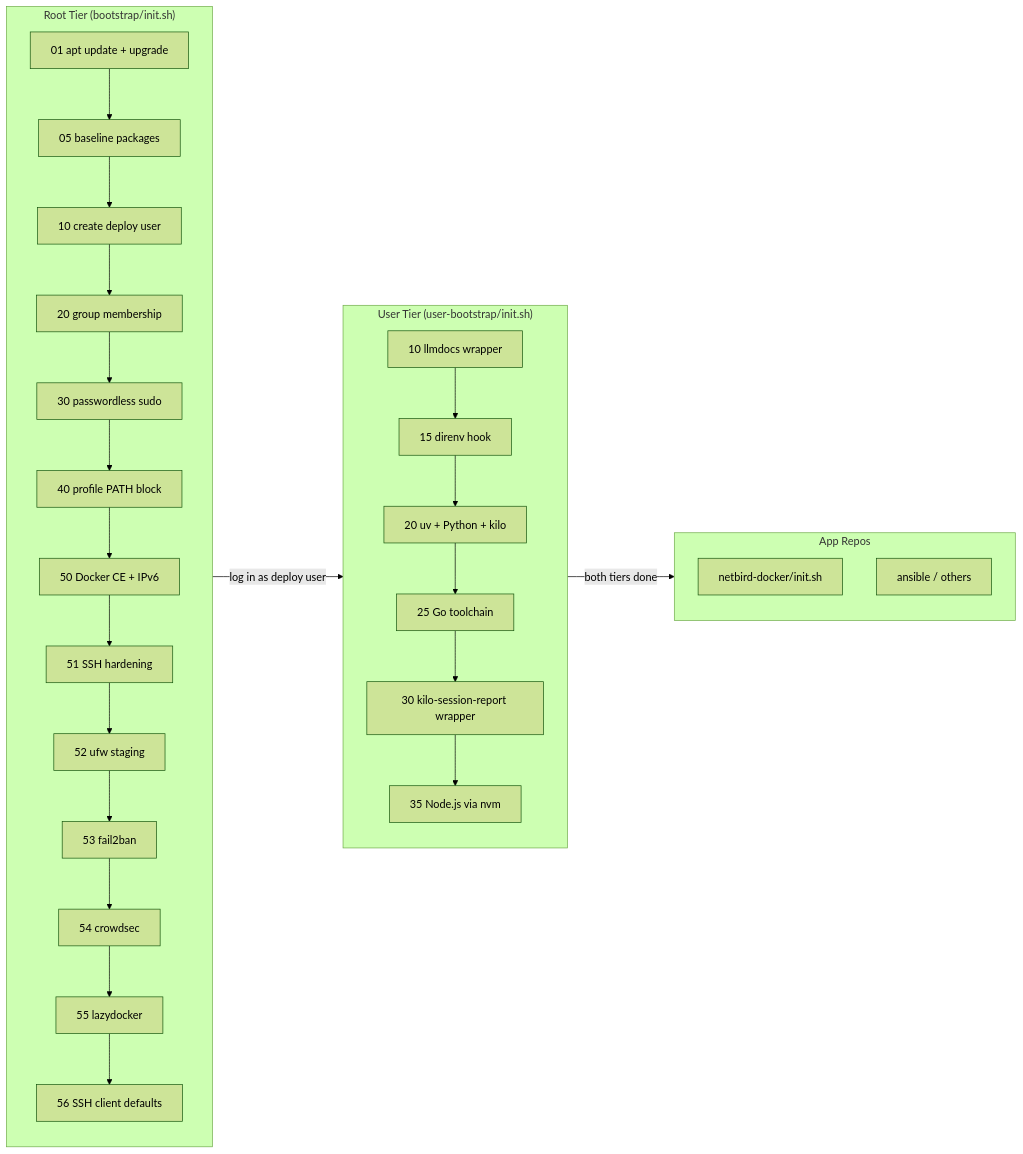
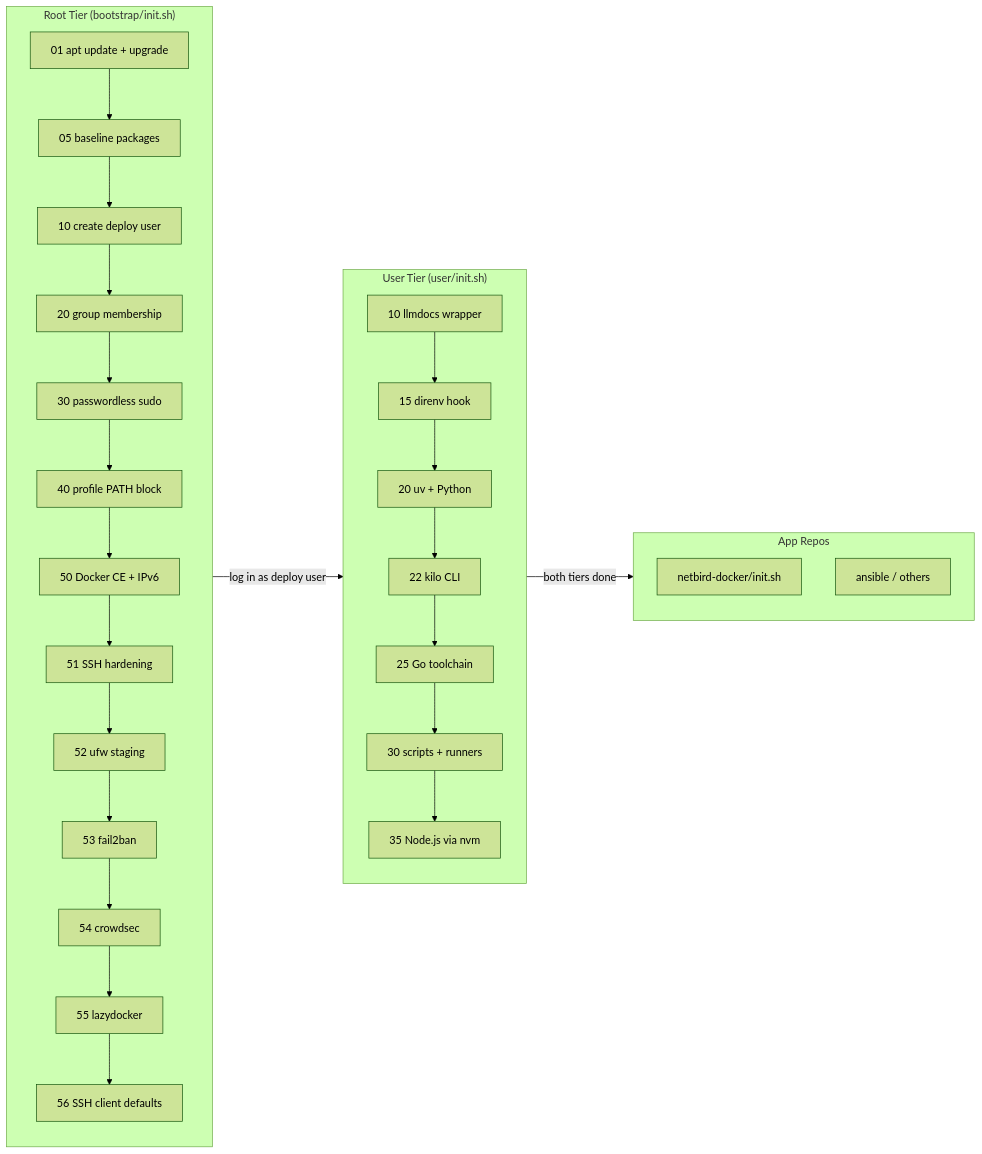
One commit to broadminde-org/bootstrap changed the second of 3 diagrams in codemap.md. Above: the diagram before and after it, drawn with Mermaid (forest theme). The commit also changed other lines of this file and 149 other files, not shown here.

First line of the commit message:
refactor: rename user-bootstrap/ -> user/, replace caps.sh with conf.sh

````diff
--- a/codemap.md
+++ b/codemap.md
@@ -58,40 +59,41 @@
 ```mermaid
 flowchart LR
     subgraph Root["Root Tier (bootstrap/init.sh)"]
         direction TB
         R1["01 apt update + upgrade"]
         R2["05 baseline packages"]
         R3["10 create deploy user"]
         R4["20 group membership"]
         R5["30 passwordless sudo"]
         R6["40 profile PATH block"]
         R7["50 Docker CE + IPv6"]
         R8["51 SSH hardening"]
         R9["52 ufw staging"]
         R10["53 fail2ban"]
         R11["54 crowdsec"]
         R12["55 lazydocker"]
         R13["56 SSH client defaults"]
         R1 --> R2 --> R3 --> R4 --> R5 --> R6 --> R7 --> R8 --> R9 --> R10 --> R11 --> R12 --> R13
     end
 
-    subgraph User["User Tier (user-bootstrap/init.sh)"]
+    subgraph User["User Tier (user/init.sh)"]
         direction TB
         U1["10 llmdocs wrapper"]
         U2["15 direnv hook"]
-        U3["20 uv + Python + kilo"]
+        U3["20 uv + Python"]
+        U3b["22 kilo CLI"]
         U4["25 Go toolchain"]
-        U5["30 kilo-session-report wrapper"]
+        U5["30 scripts + runners"]
         U6["35 Node.js via nvm"]
-        U1 --> U2 --> U3 --> U4 --> U5 --> U6
+        U1 --> U2 --> U3 --> U3b --> U4 --> U5 --> U6
     end
 
     subgraph Apps["App Repos"]
         direction TB
         A1["netbird-docker/init.sh"]
         A2["ansible / others"]
     end
 
     Root -->|"log in as deploy user"| User
     User -->|"both tiers done"| Apps
 ```
````
